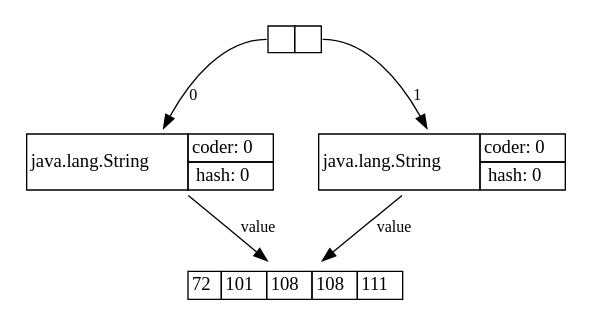
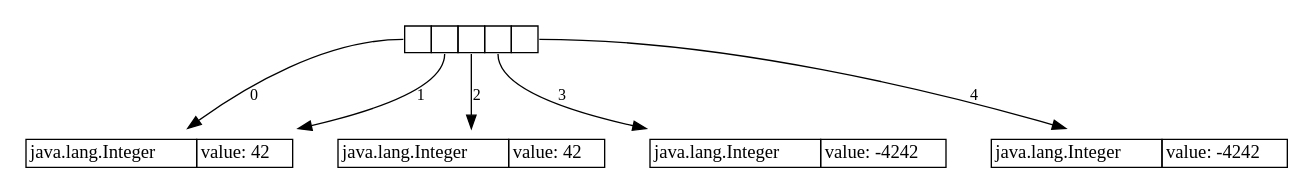
The seventh of 19 diagrams in doc/src/main/asciidoc/start.adoc (openjdk/jol), drawn with Graphviz before and after one commit. The commit also changed other lines of this file, not shown here.

```diff
--- a/doc/src/main/asciidoc/start.adoc
+++ b/doc/src/main/asciidoc/start.adoc
@@ -467,57 +680,63 @@
 [graphviz]
 ----
 digraph Java {
 	rankdir="TB";
 	node[shape=plaintext]
 	n1[label=<
 		<table border='0' cellborder='1' cellspacing='0' cellpadding='9'>
 			<tr>
 				<td port="f0"></td>
 				<td port="f1"></td>
+				<td port="f2"></td>
+				<td port="f3"></td>
+				<td port="f4"></td>
 			</tr>
 		</table>
 	>];
 	n2[label=<
 		<table border='0' cellborder='1' cellspacing='0'>
 			<tr>
-				<td rowspan='3'>java.lang.String</td>
+				<td rowspan='2'>java.lang.Integer</td>
 			</tr>
 			<tr>
-				<td>coder: 0</td>
-			</tr>
-			<tr>
-				<td>hash: 0</td>
+				<td>value: 42</td>
 			</tr>
 		</table>
 	>];
+	n1:f0 -> n2[label="0",fontsize=12];
+	n1:f1 -> n2[label="1",fontsize=12];
 	n3[label=<
 		<table border='0' cellborder='1' cellspacing='0'>
 			<tr>
-				<td>72</td>
-				<td>101</td>
-				<td>108</td>
-				<td>108</td>
-				<td>111</td>
+				<td rowspan='2'>java.lang.Integer</td>
+			</tr>
+			<tr>
+				<td>value: 42</td>
 			</tr>
 		</table>
 	>];
-	n2 -> n3[label="value",fontsize=12];
-	n1:f0 -> n2[label="0",fontsize=12];
+	n1:f2 -> n3[label="2",fontsize=12];
 	n4[label=<
 		<table border='0' cellborder='1' cellspacing='0'>
 			<tr>
-				<td rowspan='3'>java.lang.String</td>
+				<td rowspan='2'>java.lang.Integer</td>
 			</tr>
 			<tr>
-				<td>coder: 0</td>
-			</tr>
-			<tr>
-				<td>hash: 0</td>
+				<td>value: -4242</td>
 			</tr>
 		</table>
 	>];
-	n4 -> n3[label="value",fontsize=12];
-	n1:f1 -> n4[label="1",fontsize=12];
+	n1:f3 -> n4[label="3",fontsize=12];
+	n5[label=<
+		<table border='0' cellborder='1' cellspacing='0'>
+			<tr>
+				<td rowspan='2'>java.lang.Integer</td>
+			</tr>
+			<tr>
+				<td>value: -4242</td>
+			</tr>
+		</table>
+	>];
+	n1:f4 -> n5[label="4",fontsize=12];
 }
-
 ----
```
